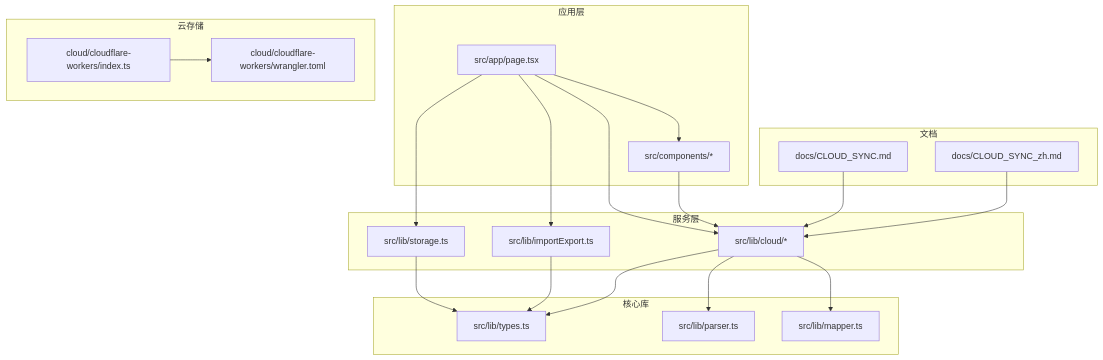
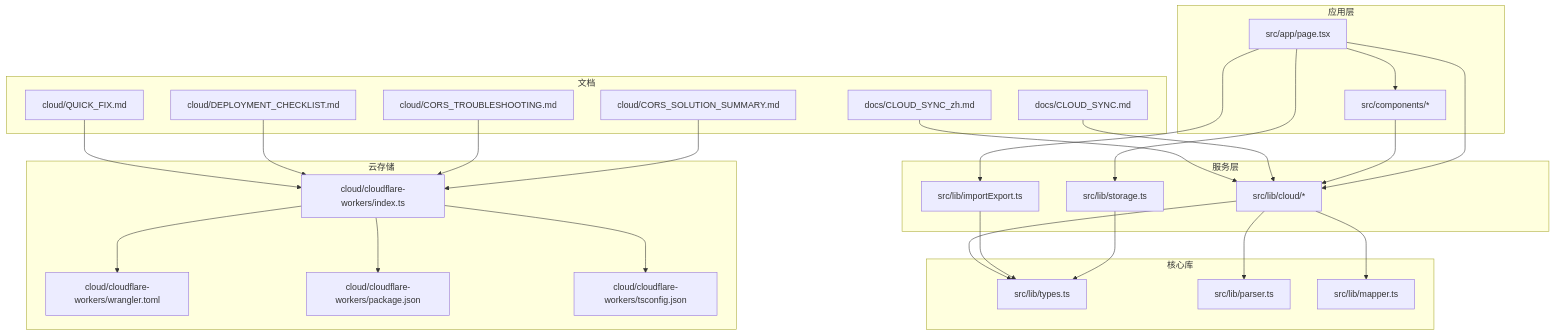
Diagram 13 of 13 in .qoder/repowiki/zh/content/用户指南/数据管理/云存储系统.md (steveyu2/formula-mapper), drawn with Mermaid before and after one commit. The commit also changed other lines of this file and 7 other files, not shown here.

First line of the commit message:
fix: 修复 Cloudflare 保存操作的 JSON 格式问题

````diff
--- a/.qoder/repowiki/zh/content/用户指南/数据管理/云存储系统.md
+++ b/.qoder/repowiki/zh/content/用户指南/数据管理/云存储系统.md
@@ -685,38 +886,50 @@
 ```mermaid
 graph TB
 subgraph "应用层"
 A[src/app/page.tsx]
 B[src/components/*]
 end
 subgraph "服务层"
 C[src/lib/storage.ts]
 D[src/lib/importExport.ts]
 E[src/lib/cloud/*]
 end
 subgraph "核心库"
 F[src/lib/types.ts]
 G[src/lib/parser.ts]
 H[src/lib/mapper.ts]
 end
 subgraph "云存储"
 I[cloud/cloudflare-workers/index.ts]
 J[cloud/cloudflare-workers/wrangler.toml]
+K[cloud/cloudflare-workers/package.json]
+L[cloud/cloudflare-workers/tsconfig.json]
 end
 subgraph "文档"
-K[docs/CLOUD_SYNC.md]
-L[docs/CLOUD_SYNC_zh.md]
+M[docs/CLOUD_SYNC.md]
+N[docs/CLOUD_SYNC_zh.md]
+O[cloud/CORS_SOLUTION_SUMMARY.md]
+P[cloud/CORS_TROUBLESHOOTING.md]
+Q[cloud/DEPLOYMENT_CHECKLIST.md]
+R[cloud/QUICK_FIX.md]
 end
 A --> B
 A --> C
 A --> D
 A --> E
 B --> E
 C --> F
 D --> F
 E --> F
 E --> G
 E --> H
 I --> J
-K --> E
-L --> E
+I --> K
+I --> L
+M --> E
+N --> E
+O --> I
+P --> I
+Q --> I
+R --> I
 ```
````
